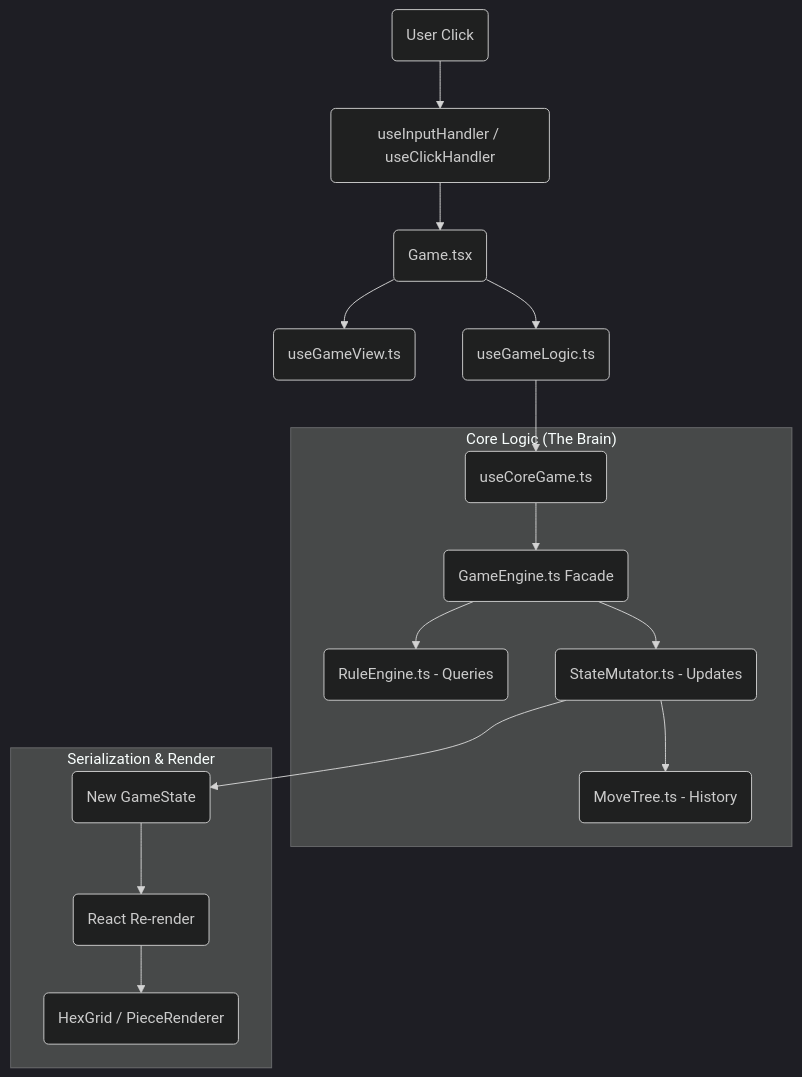
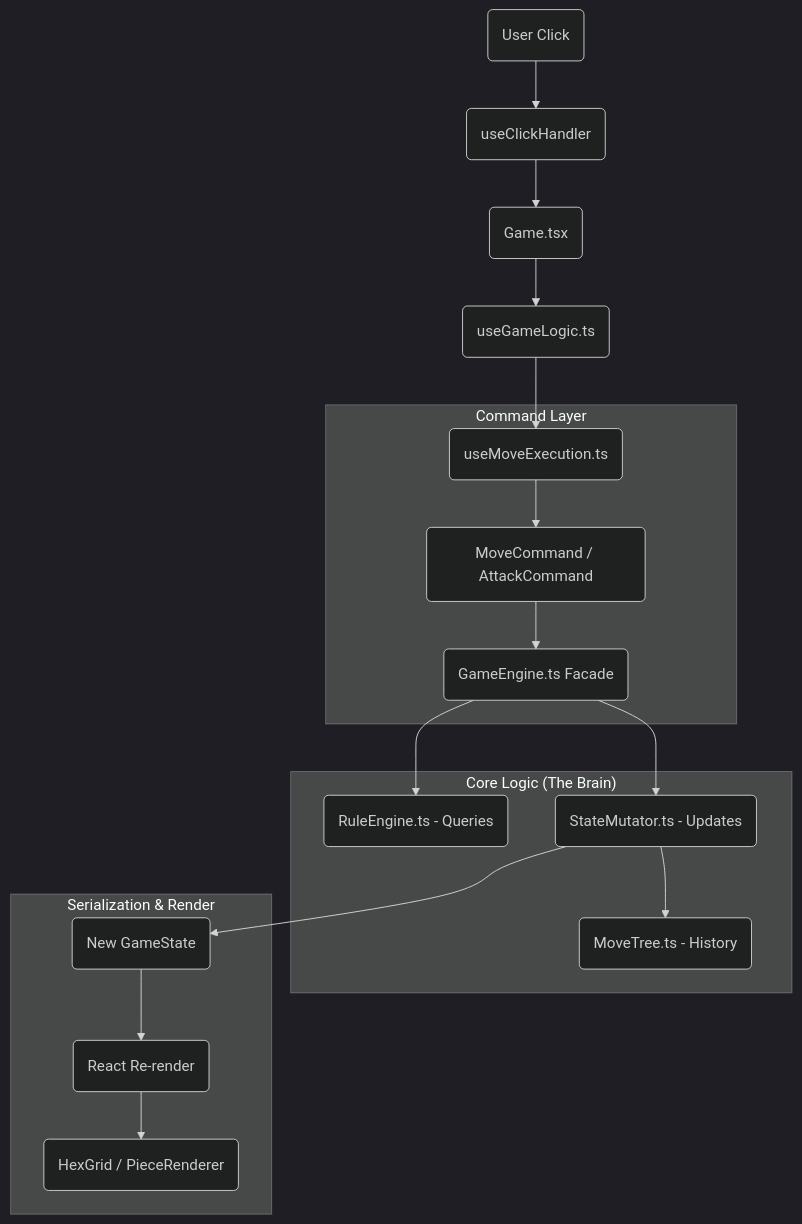
Before and after one commit to LiamLlamazares/Castles: the diagram in info/ANALYSIS_ARCHITECTURE.md, drawn with Mermaid (dark theme). The commit also changed other lines of this file and 14 other files, not shown here.

````diff
--- a/info/ANALYSIS_ARCHITECTURE.md
+++ b/info/ANALYSIS_ARCHITECTURE.md
@@ -14,21 +45,24 @@
 ```mermaid
 graph TD
-    User(User Click) --> InputHandler(useInputHandler / useClickHandler)
+    User(User Click) --> InputHandler(useClickHandler)
     InputHandler --> GameComp(Game.tsx)
-    GameComp --> ViewHook(useGameView.ts)
     GameComp --> LogicHook(useGameLogic.ts)
-    LogicHook --> CoreHook(useCoreGame.ts)
+    LogicHook --> MoveExec(useMoveExecution.ts)
+    
+    subgraph "Command Layer"
+        MoveExec --> Cmd(MoveCommand / AttackCommand)
+        Cmd --> GE(GameEngine.ts Facade)
+    end
     
     subgraph "Core Logic (The Brain)"
-        CoreHook --> GameEngine(GameEngine.ts Facade)
-        GameEngine --> RuleEngine(RuleEngine.ts - Queries)
-        GameEngine --> StateMutator(StateMutator.ts - Updates)
+        GE --> RuleEngine(RuleEngine.ts - Queries)
+        GE --> StateMutator(StateMutator.ts - Updates)
         StateMutator --> MoveTree(MoveTree.ts - History)
     end
     
     subgraph "Serialization & Render"
         StateMutator --> NewState(New GameState)
         NewState --> ReactRender(React Re-render)
         ReactRender --> UI(HexGrid / PieceRenderer)
     end
 ```
````
